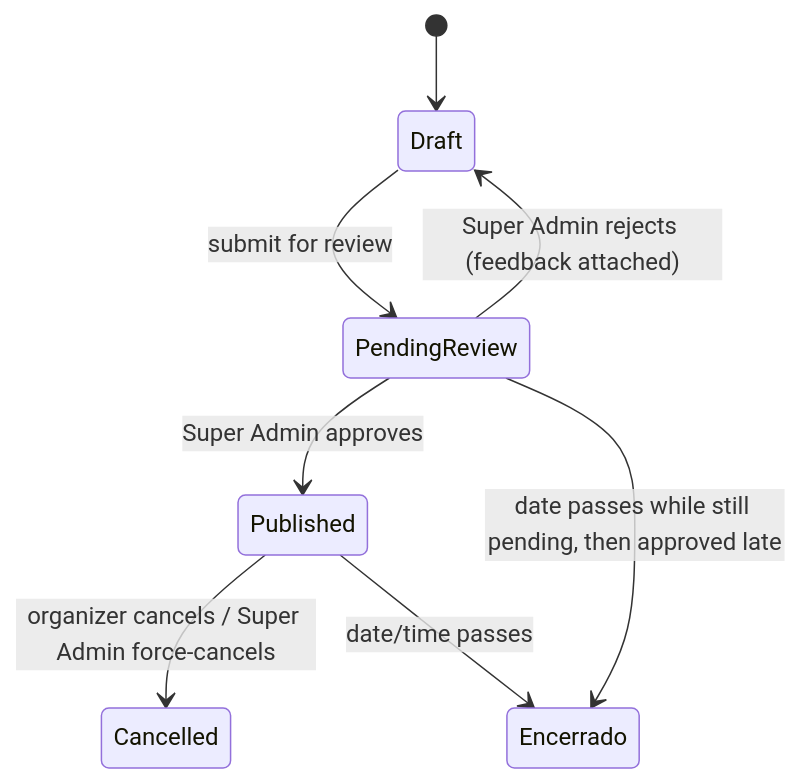
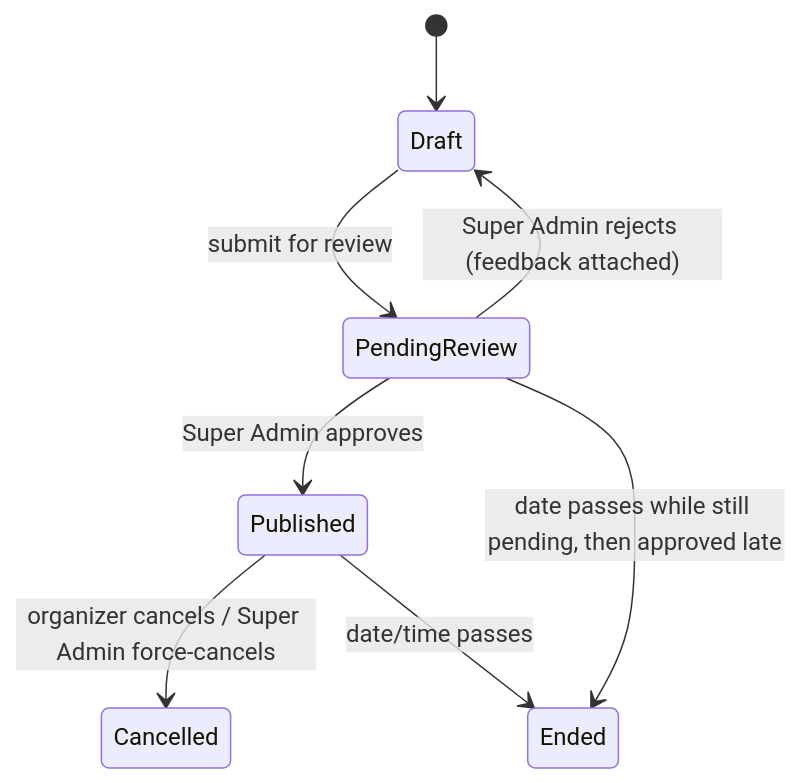
Before and after one commit to derlandyb/QOR: the second of 3 diagrams in .specs/project/ARCHITECTURE.md, drawn with Mermaid. The commit also changed other lines of this file and 10 other files, not shown here.

First line of the commit message:
docs: rename EventStatus Encerrado to Ended across specs

````diff
--- a/.specs/project/ARCHITECTURE.md
+++ b/.specs/project/ARCHITECTURE.md
@@ -186,10 +186,10 @@
 ```mermaid
 stateDiagram-v2
     [*] --> Draft
     Draft --> PendingReview: submit for review
     PendingReview --> Published: Super Admin approves
     PendingReview --> Draft: Super Admin rejects (feedback attached)
     Published --> Cancelled: organizer cancels / Super Admin force-cancels
-    Published --> Encerrado: date/time passes
-    PendingReview --> Encerrado: date passes while still pending, then approved late
+    Published --> Ended: date/time passes
+    PendingReview --> Ended: date passes while still pending, then approved late
 ```
````
